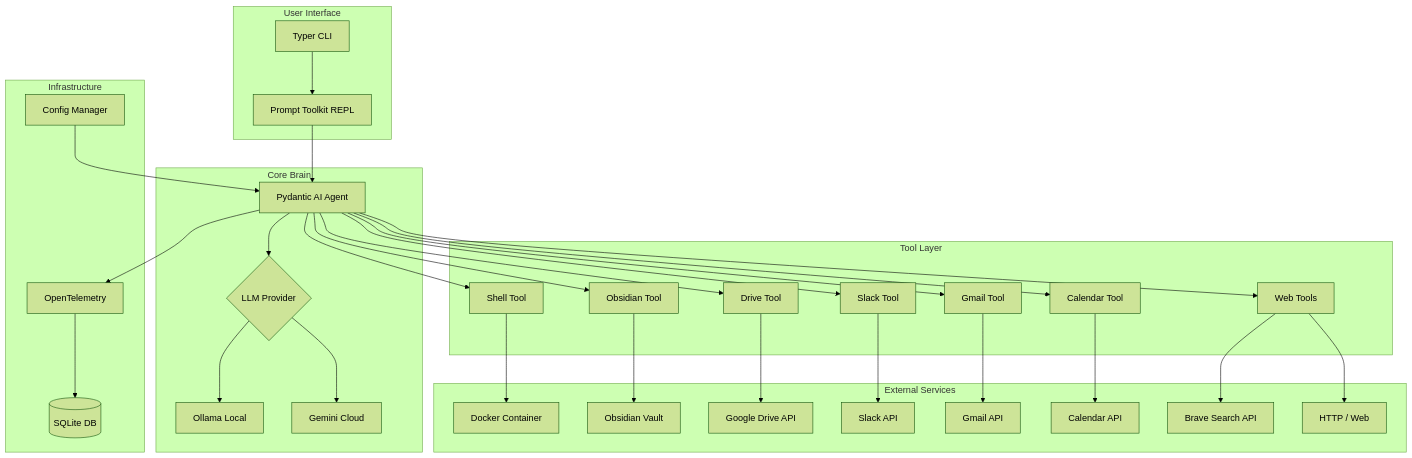
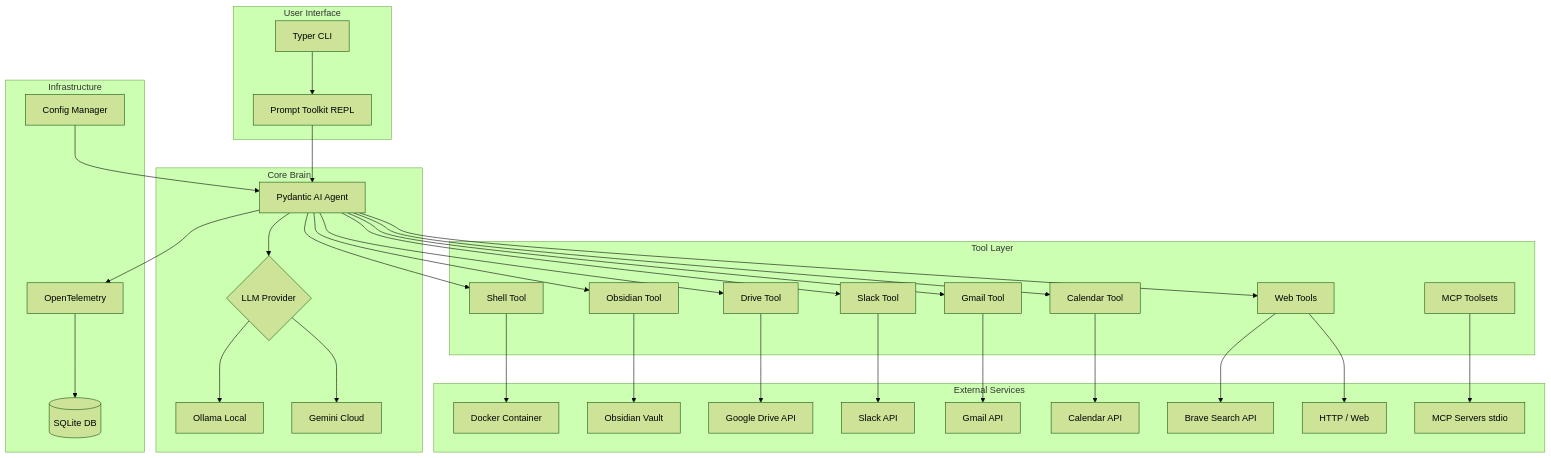
Before and after one commit to binlecode/co-cli: the diagram in docs/DESIGN-00-co-cli.md, drawn with Mermaid (forest theme). The commit also changed other lines of this file and 47 other files, not shown here.

````diff
--- a/docs/DESIGN-00-co-cli.md
+++ b/docs/DESIGN-00-co-cli.md
@@ -14,68 +14,71 @@
 ```mermaid
 graph TB
     subgraph User Interface
         CLI[Typer CLI]
         REPL[Prompt Toolkit REPL]
     end
 
     subgraph Core Brain
         Agent[Pydantic AI Agent]
         LLM{LLM Provider}
         Ollama[Ollama Local]
         Gemini[Gemini Cloud]
     end
 
     subgraph Tool Layer
         ToolShell[Shell Tool]
         ToolObsidian[Obsidian Tool]
         ToolDrive[Drive Tool]
         ToolGmail[Gmail Tool]
         ToolCalendar[Calendar Tool]
         ToolSlack[Slack Tool]
         ToolWeb[Web Tools]
+        MCP[MCP Toolsets]
     end
 
     subgraph External Services
         Docker[Docker Container]
         ObsVault[Obsidian Vault]
         GDrive[Google Drive API]
         SlackAPI[Slack API]
         GmailAPI[Gmail API]
         GCal[Calendar API]
         BraveAPI[Brave Search API]
         HTTP[HTTP / Web]
+        MCPServers[MCP Servers stdio]
     end
 
     subgraph Infrastructure
         Config[Config Manager]
         Telemetry[OpenTelemetry]
         SQLite[(SQLite DB)]
     end
 
     CLI --> REPL
     REPL --> Agent
     Agent --> LLM
     LLM --> Ollama
     LLM --> Gemini
 
     Agent --> ToolShell
     Agent --> ToolObsidian
     Agent --> ToolDrive
     Agent --> ToolGmail
     Agent --> ToolCalendar
     Agent --> ToolSlack
     Agent --> ToolWeb
 
     ToolShell --> Docker
     ToolObsidian --> ObsVault
     ToolDrive --> GDrive
     ToolGmail --> GmailAPI
     ToolCalendar --> GCal
     ToolSlack --> SlackAPI
     ToolWeb --> BraveAPI
     ToolWeb --> HTTP
+    MCP --> MCPServers
 
     Config --> Agent
     Agent --> Telemetry
     Telemetry --> SQLite
 ```
````
